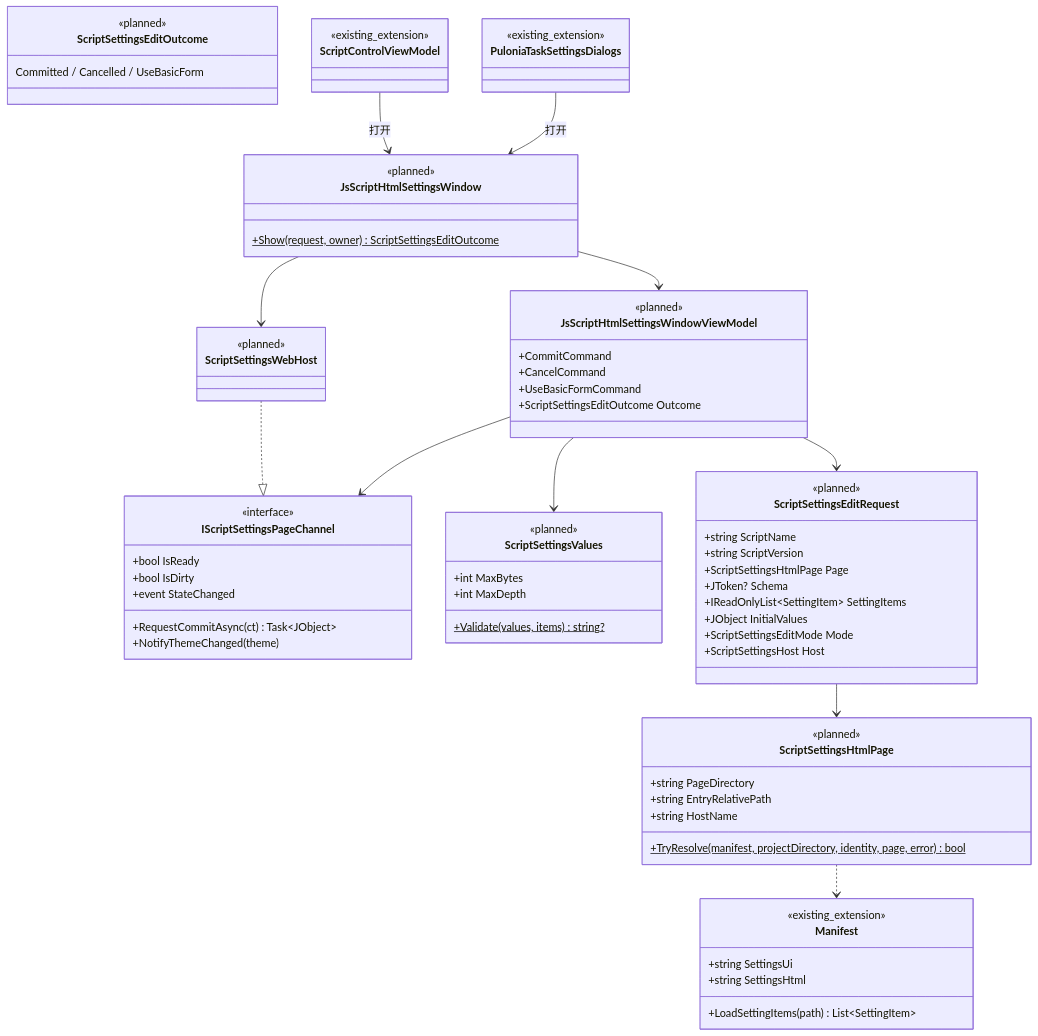
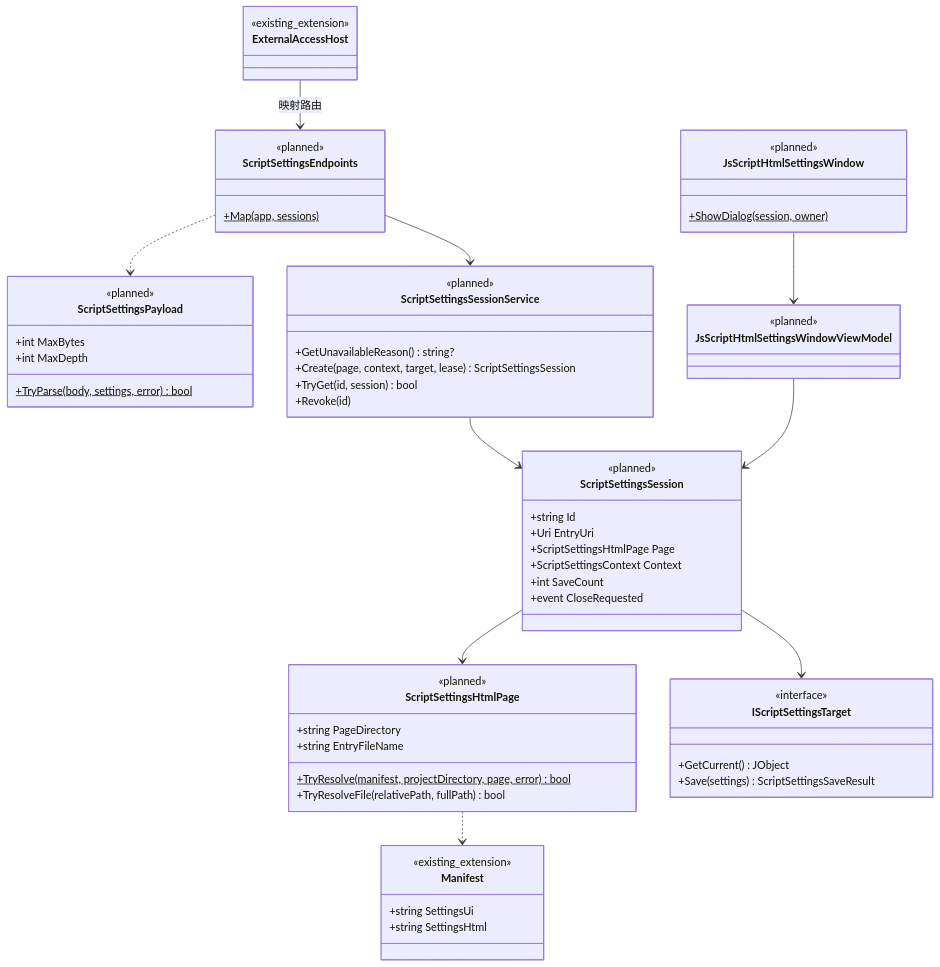
Before and after one commit to babalae/better-genshin-impact: the second of 2 diagrams in Docs/design/js-script-html-settings.md, drawn with Mermaid. The commit also changed other lines of this file and 5 other files, not shown here.

````diff
--- a/Docs/design/js-script-html-settings.md
+++ b/Docs/design/js-script-html-settings.md
@@ -402,76 +361,66 @@
 ```mermaid
 classDiagram
     class Manifest {
         <<existing_extension>>
         +string SettingsUi
         +string SettingsHtml
-        +LoadSettingItems(path) List~SettingItem~
     }
     class ScriptSettingsHtmlPage {
         <<planned>>
         +string PageDirectory
-        +string EntryRelativePath
-        +string HostName
-        +TryResolve(manifest, projectDirectory, identity, page, error)$ bool
+        +string EntryFileName
+        +TryResolve(manifest, projectDirectory, page, error)$ bool
+        +TryResolveFile(relativePath, fullPath) bool
     }
-    class ScriptSettingsValues {
+    class ScriptSettingsPayload {
         <<planned>>
         +int MaxBytes
         +int MaxDepth
-        +Validate(values, items)$ string?
+        +TryParse(body, settings, error)$ bool
     }
-    class ScriptSettingsEditRequest {
+    class IScriptSettingsTarget {
+        <<interface>>
+        +GetCurrent() JObject
+        +Save(settings) ScriptSettingsSaveResult
+    }
+    class ScriptSettingsSession {
         <<planned>>
-        +string ScriptName
-        +string ScriptVersion
+        +string Id
+        +Uri EntryUri
         +ScriptSettingsHtmlPage Page
-        +JToken? Schema
-        +IReadOnlyList~SettingItem~ SettingItems
-        +JObject InitialValues
-        +ScriptSettingsEditMode Mode
-        +ScriptSettingsHost Host
+        +ScriptSettingsContext Context
+        +int SaveCount
+        +event CloseRequested
     }
-    class ScriptSettingsEditOutcome {
+    class ScriptSettingsSessionService {
         <<planned>>
-        Committed / Cancelled / UseBasicForm
+        +GetUnavailableReason() string?
+        +Create(page, context, target, lease) ScriptSettingsSession
+        +TryGet(id, session) bool
+        +Revoke(id)
     }
-    class IScriptSettingsPageChannel {
-        <<interface>>
-        +bool IsReady
-        +bool IsDirty
-        +event StateChanged
-        +RequestCommitAsync(ct) Task~JObject~
-        +NotifyThemeChanged(theme)
+    class ScriptSettingsEndpoints {
+        <<planned>>
+        +Map(app, sessions)$
     }
-    class ScriptSettingsWebHost {
-        <<planned>>
+    class ExternalAccessHost {
+        <<existing_extension>>
     }
     class JsScriptHtmlSettingsWindowViewModel {
         <<planned>>
-        +CommitCommand
-        +CancelCommand
-        +UseBasicFormCommand
-        +ScriptSettingsEditOutcome Outcome
     }
     class JsScriptHtmlSettingsWindow {
         <<planned>>
-        +Show(request, owner)$ ScriptSettingsEditOutcome
-    }
-    class ScriptControlViewModel {
-        <<existing_extension>>
-    }
-    class PuloniaTaskSettingsDialogs {
-        <<existing_extension>>
+        +ShowDialog(session, owner)$
     }
 
     ScriptSettingsHtmlPage ..> Manifest
-    ScriptSettingsEditRequest --> ScriptSettingsHtmlPage
-    ScriptSettingsWebHost ..|> IScriptSettingsPageChannel
-    JsScriptHtmlSettingsWindow --> ScriptSettingsWebHost
+    ScriptSettingsSession --> ScriptSettingsHtmlPage
+    ScriptSettingsSession --> IScriptSettingsTarget
+    ScriptSettingsSessionService --> ScriptSettingsSession
+    ScriptSettingsEndpoints --> ScriptSettingsSessionService
+    ScriptSettingsEndpoints ..> ScriptSettingsPayload
+    ExternalAccessHost --> ScriptSettingsEndpoints : 映射路由
     JsScriptHtmlSettingsWindow --> JsScriptHtmlSettingsWindowViewModel
-    JsScriptHtmlSettingsWindowViewModel --> IScriptSettingsPageChannel
-    JsScriptHtmlSettingsWindowViewModel --> ScriptSettingsValues
-    JsScriptHtmlSettingsWindowViewModel --> ScriptSettingsEditRequest
-    ScriptControlViewModel --> JsScriptHtmlSettingsWindow : 打开
-    PuloniaTaskSettingsDialogs --> JsScriptHtmlSettingsWindow : 打开
+    JsScriptHtmlSettingsWindowViewModel --> ScriptSettingsSession
 ```
````
